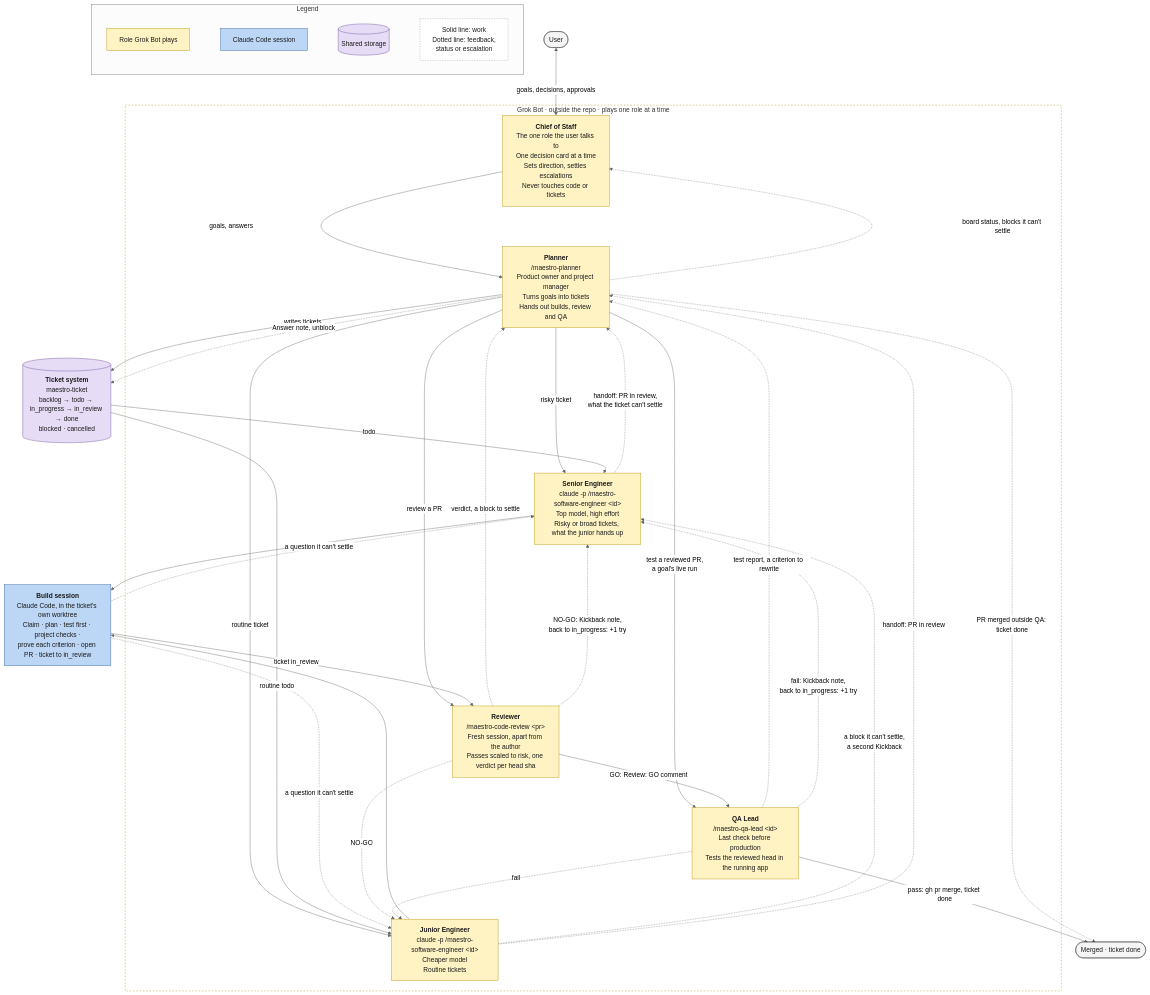
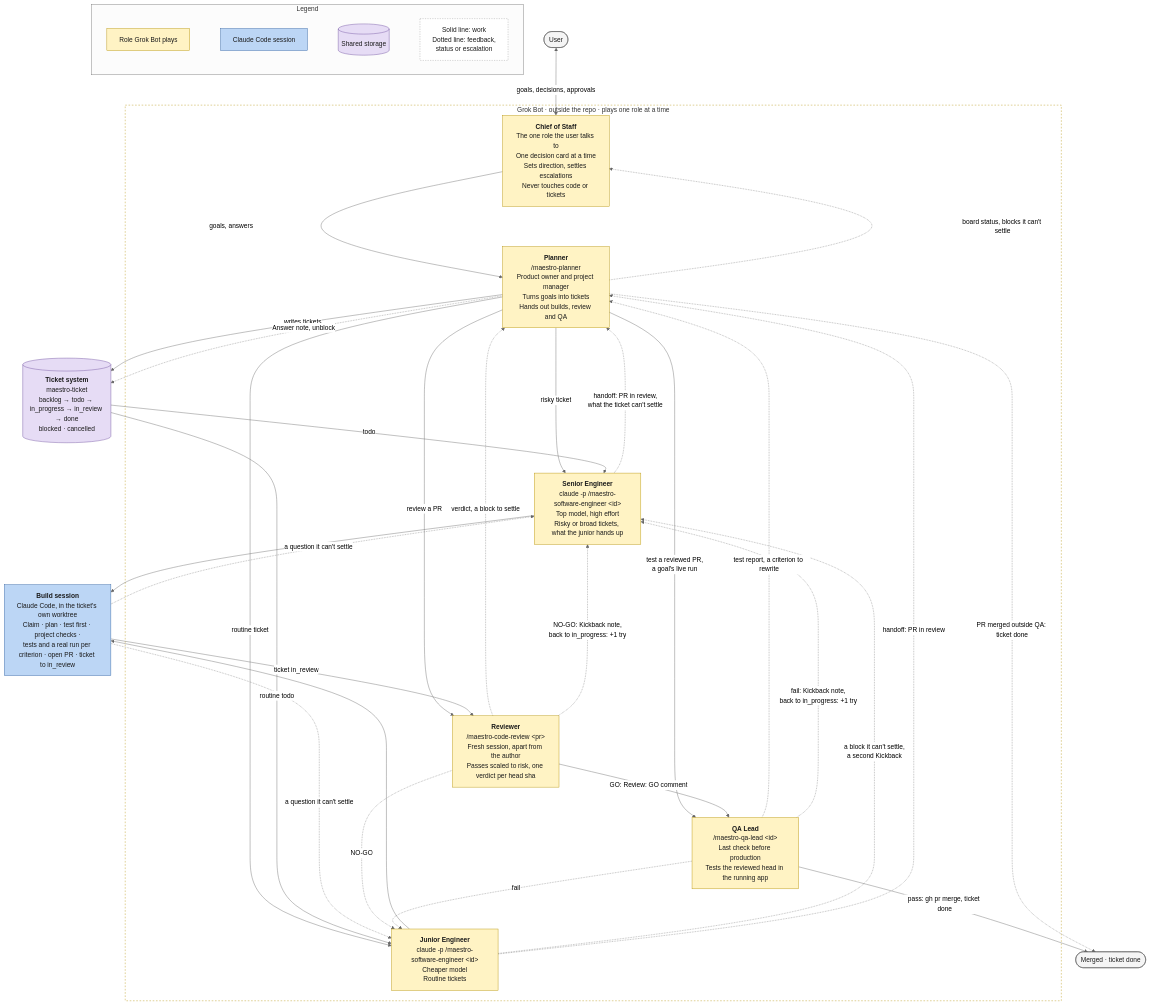
One commit to ProlesDei/maestro changed the first of 2 diagrams in README.md. Above: the diagram before and after it, drawn with Mermaid (neutral theme). The commit also changed 8 other files, not shown here.

````diff
--- a/README.md
+++ b/README.md
@@ -28,79 +28,79 @@
 ```mermaid
 flowchart TD
     User([User])
 
     subgraph Grok ["Grok Bot · outside the repo · plays one role at a time"]
         CoS["<b>Chief of Staff</b><br/>The one role the user talks to<br/>One decision card at a time<br/>Sets direction, settles escalations<br/>Never touches code or tickets"]
         Planner["<b>Planner</b><br/>/maestro-planner<br/>Product owner and project manager<br/>Turns goals into tickets<br/>Hands out builds, review and QA"]
         Sr["<b>Senior Engineer</b><br/>claude -p /maestro-software-engineer &lt;id&gt;<br/>Top model, high effort<br/>Risky or broad tickets, what the junior hands up"]
         Jr["<b>Junior Engineer</b><br/>claude -p /maestro-software-engineer &lt;id&gt;<br/>Cheaper model<br/>Routine tickets"]
         Rev["<b>Reviewer</b><br/>/maestro-code-review &lt;pr&gt;<br/>Fresh session, apart from the author<br/>Passes scaled to risk, one verdict per head sha"]
         QA["<b>QA Lead</b><br/>/maestro-qa-lead &lt;id&gt;<br/>Last check before production<br/>Tests the reviewed head in the running app"]
     end
 
     Tickets[("<b>Ticket system</b><br/>maestro-ticket<br/>backlog → todo → in_progress → in_review → done<br/>blocked · cancelled")]
 
-    Build["<b>Build session</b><br/>Claude Code, in the ticket's own worktree<br/>Claim · plan · test first · project checks ·<br/>prove each criterion · open PR · ticket to in_review"]
+    Build["<b>Build session</b><br/>Claude Code, in the ticket's own worktree<br/>Claim · plan · test first · project checks ·<br/>tests and a real run per criterion · open PR · ticket to in_review"]
 
     Done([Merged · ticket done])
 
     %% User and Chief of Staff
     User <-->|"goals, decisions, approvals"| CoS
 
     %% The Chief of Staff leads through the Planner
     CoS -->|"goals, answers"| Planner
     Planner -.->|"board status, blocks it can't settle"| CoS
 
     %% The Planner hands out each job
     Planner -->|"risky ticket"| Sr
     Planner -->|"routine ticket"| Jr
     Planner -->|"review a PR"| Rev
     Planner -->|"test a reviewed PR,<br/>a goal's live run"| QA
 
     %% Planning
     Planner -->|"writes tickets"| Tickets
     Tickets -->|"todo"| Sr
     Tickets -->|"routine todo"| Jr
 
     %% Build
     Sr --> Build
     Jr --> Build
     Build -.->|"a question it can't settle"| Sr
     Build -.->|"a question it can't settle"| Jr
     Jr -.->|"a block it can't settle,<br/>a second Kickback"| Sr
     Sr -.->|"handoff: PR in review,<br/>what the ticket can't settle"| Planner
     Jr -.->|"handoff: PR in review"| Planner
     QA -.->|"test report, a criterion to rewrite"| Planner
     Rev -.->|"verdict, a block to settle"| Planner
     Planner -.->|"Answer note, unblock"| Tickets
 
     %% Review, then test
     Build -->|"ticket in_review"| Rev
     Rev -->|"GO: Review: GO comment"| QA
     QA -->|"pass: gh pr merge, ticket done"| Done
     Planner -.->|"PR merged outside QA: ticket done"| Done
     Rev -.->|"NO-GO: Kickback note,<br/>back to in_progress: +1 try"| Sr
     Rev -.->|"NO-GO"| Jr
     QA -.->|"fail: Kickback note,<br/>back to in_progress: +1 try"| Sr
     QA -.->|"fail"| Jr
 
     %% Legend
     subgraph Legend ["Legend"]
         direction LR
         L6["Role Grok Bot plays"] ~~~ L1["Claude Code session"] ~~~ L4[("Shared storage")] ~~~ L5["Solid line: work<br/>Dotted line: feedback,<br/>status or escalation"]
     end
 
     %% Styles
     classDef session fill:#bcd6f5,stroke:#2f5f9e,color:#1a1a1a
     classDef storage fill:#e6dcf5,stroke:#6a4c9c,color:#1a1a1a
     classDef person fill:#f5f5f5,stroke:#555,color:#1a1a1a
     classDef bot fill:#fff3c4,stroke:#b38f00,color:#1a1a1a
     classDef note fill:#ffffff,stroke:#999,color:#1a1a1a,stroke-dasharray:3 3
 
     class Build,L1 session
     class Tickets,L4 storage
     class User,Done person
     class CoS,Planner,Sr,Jr,QA,Rev,L6 bot
     class L5 note
     style Grok fill:none,stroke:#b38f00,stroke-dasharray:4 4
 ```
````
